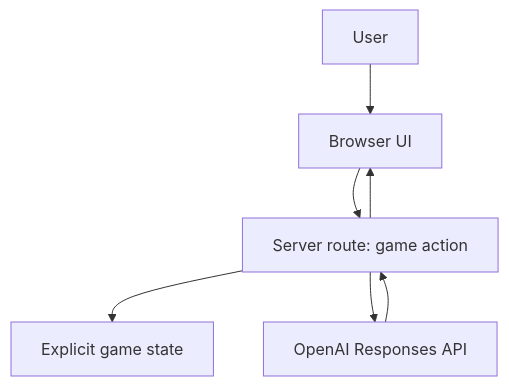
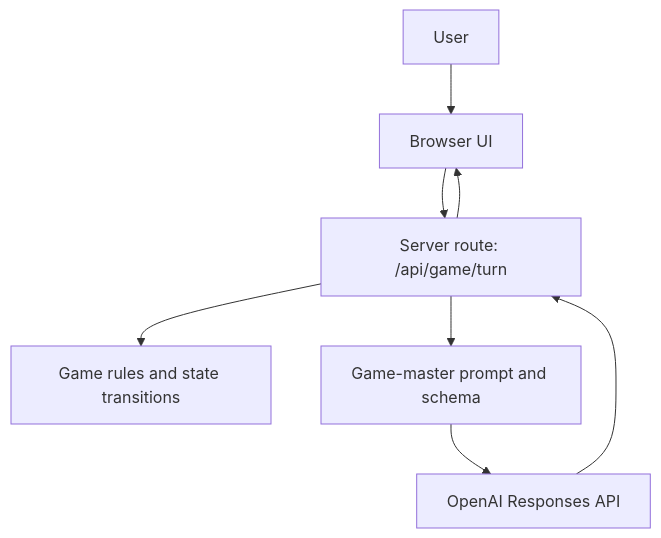
The first of 2 diagrams in docs/architecture/overview.md (wisdom-in-a-nutshell/whos-in-your-head), drawn with Mermaid before and after one commit. The commit also changed other lines of this file and 21 other files, not shown here.

````diff
--- a/docs/architecture/overview.md
+++ b/docs/architecture/overview.md
@@ -9,9 +9,10 @@
 ```mermaid
 flowchart TD
   U["User"] --> UI["Browser UI"]
-  UI --> API["Server route: game action"]
-  API --> State["Explicit game state"]
-  API --> OpenAI["OpenAI Responses API"]
+  UI --> API["Server route: /api/game/turn"]
+  API --> Rules["Game rules and state transitions"]
+  API --> Prompt["Game-master prompt and schema"]
+  Prompt --> OpenAI["OpenAI Responses API"]
   OpenAI --> API
   API --> UI
 ```
````
